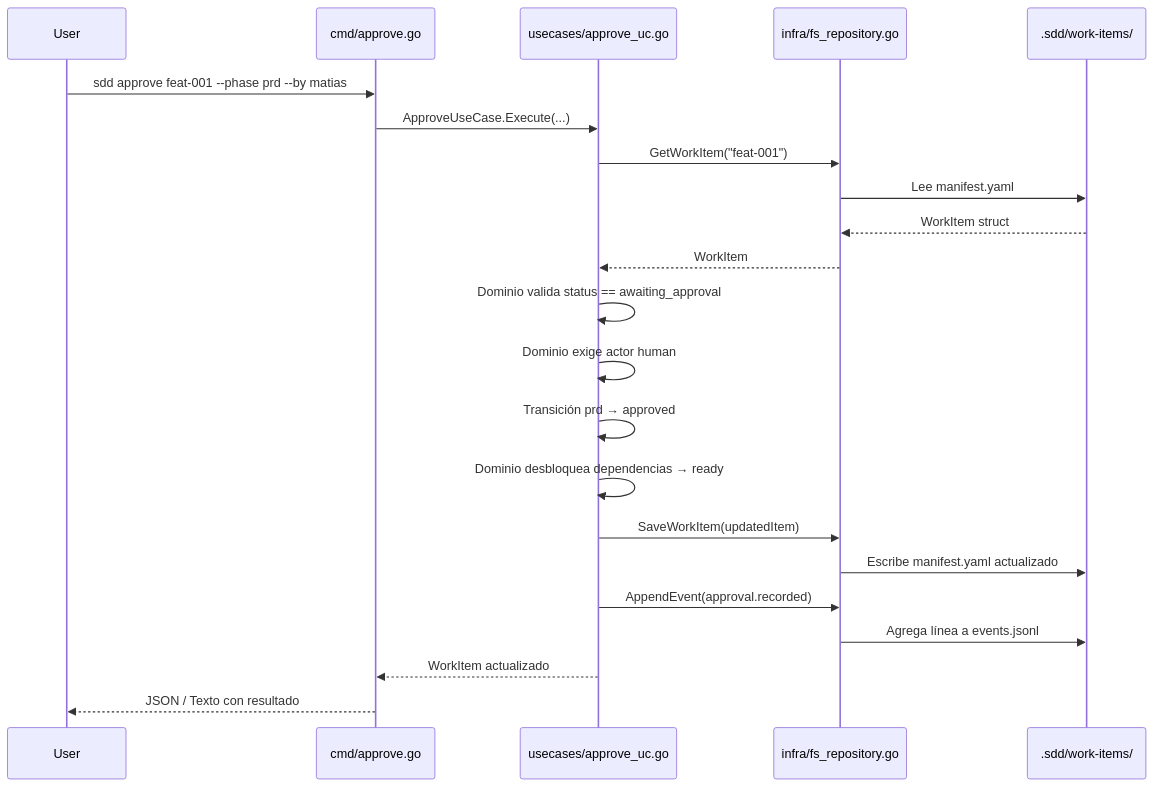
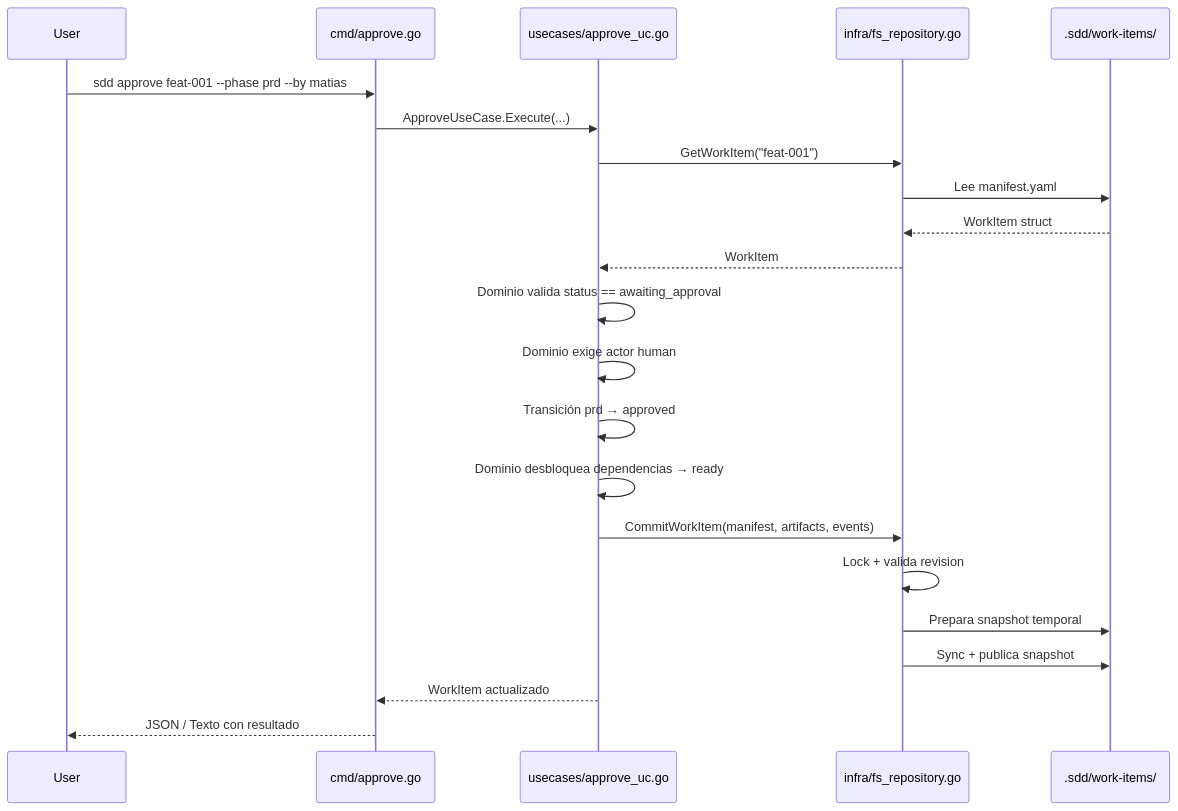
One commit to matiasezequieldimuro/ssd-workflow changed the second of 3 diagrams in docs/7-cli-impl-documentacion.md. Above: the diagram before and after it, drawn with Mermaid. The commit also changed other lines of this file and 41 other files, not shown here.

````diff
--- a/docs/7-cli-impl-documentacion.md
+++ b/docs/7-cli-impl-documentacion.md
@@ -50,25 +50,25 @@
 ```mermaid
 sequenceDiagram
     participant User
     participant CMD as cmd/approve.go
     participant UC as usecases/approve_uc.go
     participant FS as infra/fs_repository.go
     participant Disk as .sdd/work-items/
 
     User->>CMD: sdd approve feat-001 --phase prd --by matias
     CMD->>UC: ApproveUseCase.Execute(...)
     UC->>FS: GetWorkItem("feat-001")
     FS->>Disk: Lee manifest.yaml
     Disk-->>FS: WorkItem struct
     FS-->>UC: WorkItem
     UC->>UC: Dominio valida status == awaiting_approval
     UC->>UC: Dominio exige actor human
     UC->>UC: Transición prd → approved
     UC->>UC: Dominio desbloquea dependencias → ready
-    UC->>FS: SaveWorkItem(updatedItem)
-    FS->>Disk: Escribe manifest.yaml actualizado
-    UC->>FS: AppendEvent(approval.recorded)
-    FS->>Disk: Agrega línea a events.jsonl
+    UC->>FS: CommitWorkItem(manifest, artifacts, events)
+    FS->>FS: Lock + valida revision
+    FS->>Disk: Prepara snapshot temporal
+    FS->>Disk: Sync + publica snapshot
     UC-->>CMD: WorkItem actualizado
     CMD-->>User: JSON / Texto con resultado
 ```
````
